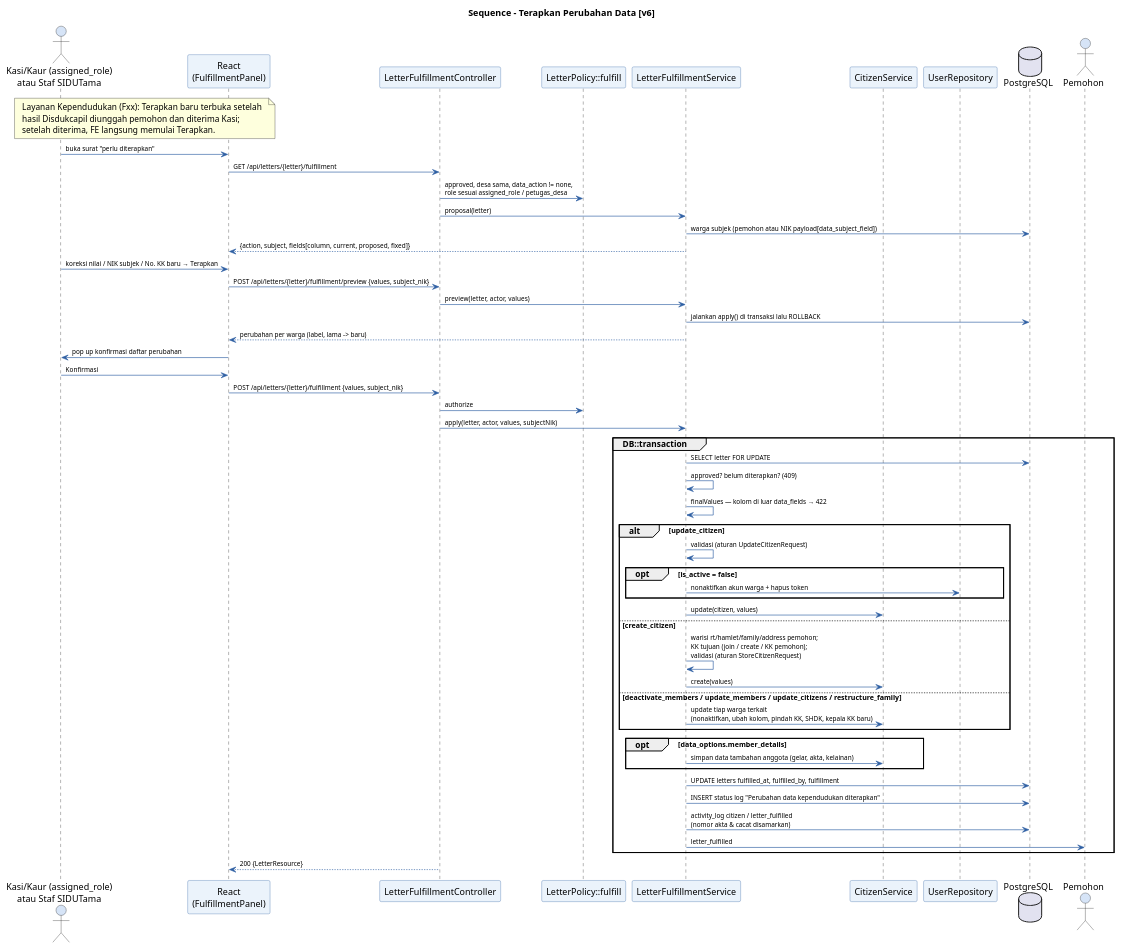
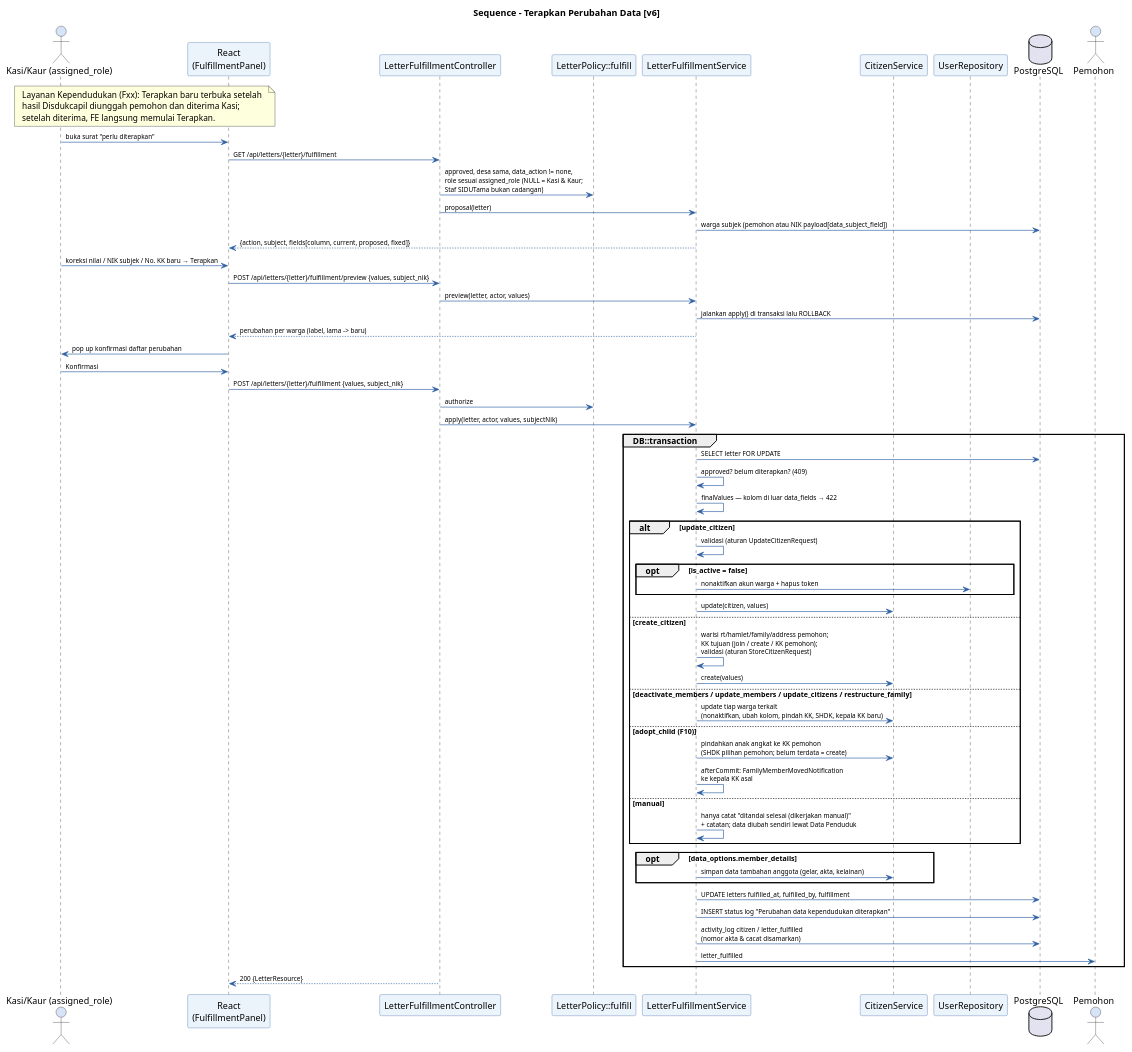
One commit to Vextronode/sid-app changed the diagram in docs/diagram/code/sequence/07_Sequence_TerapkanPerubahanData_v6.puml. Above: the diagram before and after it, drawn with PlantUML. The commit also changed 76 other files, not shown here.

```diff
--- a/docs/diagram/code/sequence/07_Sequence_TerapkanPerubahanData_v6.puml
+++ b/docs/diagram/code/sequence/07_Sequence_TerapkanPerubahanData_v6.puml
@@ -9,71 +9,76 @@
 @startuml Sequence_Terapkan_v6
 skinparam backgroundColor #FFFFFF
 skinparam sequence {
   ParticipantBackgroundColor #EBF3FB
   ParticipantBorderColor #2E5FA3
   ActorBackgroundColor #D6E4F7
   ArrowColor #2E5FA3
   ArrowFontSize 10
   NoteBackgroundColor #FFF9C4
   NoteBorderColor #F9A825
 }
 title Sequence - Terapkan Perubahan Data [v6]
 
-actor "Kasi/Kaur (assigned_role)\natau Staf SIDUTama" as K
+actor "Kasi/Kaur (assigned_role)" as K
 participant "React\n(FulfillmentPanel)" as FE
 participant "LetterFulfillmentController" as CTRL
 participant "LetterPolicy::fulfill" as POL
 participant "LetterFulfillmentService" as SVC
 participant "CitizenService" as CIT
 participant "UserRepository" as UREPO
 database "PostgreSQL" as DB
 actor "Pemohon" as P
 
 note over K, FE
   Layanan Kependudukan (Fxx): Terapkan baru terbuka setelah
   hasil Disdukcapil diunggah pemohon dan diterima Kasi;
   setelah diterima, FE langsung memulai Terapkan.
 end note
 K -> FE : buka surat "perlu diterapkan"
 FE -> CTRL : GET /api/letters/{letter}/fulfillment
-CTRL -> POL : approved, desa sama, data_action != none,\nrole sesuai assigned_role / petugas_desa
+CTRL -> POL : approved, desa sama, data_action != none,\nrole sesuai assigned_role (NULL = Kasi & Kaur;\nStaf SIDUTama bukan cadangan)
 CTRL -> SVC : proposal(letter)
 SVC -> DB : warga subjek (pemohon atau NIK payload[data_subject_field])
 SVC --> FE : {action, subject, fields[column, current, proposed, fixed]}
 
 K -> FE : koreksi nilai / NIK subjek / No. KK baru → Terapkan
 FE -> CTRL : POST /api/letters/{letter}/fulfillment/preview {values, subject_nik}
 CTRL -> SVC : preview(letter, actor, values)
 SVC -> DB : jalankan apply() di transaksi lalu ROLLBACK
 SVC --> FE : perubahan per warga (label, lama -> baru)
 FE -> K : pop up konfirmasi daftar perubahan
 K -> FE : Konfirmasi
 FE -> CTRL : POST /api/letters/{letter}/fulfillment {values, subject_nik}
 CTRL -> POL : authorize
 CTRL -> SVC : apply(letter, actor, values, subjectNik)
 group DB::transaction
   SVC -> DB : SELECT letter FOR UPDATE
   SVC -> SVC : approved? belum diterapkan? (409)
   SVC -> SVC : finalValues — kolom di luar data_fields → 422
   alt update_citizen
     SVC -> SVC : validasi (aturan UpdateCitizenRequest)
     opt is_active = false
       SVC -> UREPO : nonaktifkan akun warga + hapus token
     end
     SVC -> CIT : update(citizen, values)
   else create_citizen
     SVC -> SVC : warisi rt/hamlet/family/address pemohon;\nKK tujuan (join / create / KK pemohon);\nvalidasi (aturan StoreCitizenRequest)
     SVC -> CIT : create(values)
   else deactivate_members / update_members / update_citizens / restructure_family
     SVC -> CIT : update tiap warga terkait\n(nonaktifkan, ubah kolom, pindah KK, SHDK, kepala KK baru)
+  else adopt_child (F10)
+    SVC -> CIT : pindahkan anak angkat ke KK pemohon\n(SHDK pilihan pemohon; belum terdata = create)
+    SVC -> SVC : afterCommit: FamilyMemberMovedNotification\nke kepala KK asal
+  else manual
+    SVC -> SVC : hanya catat "ditandai selesai (dikerjakan manual)"\n+ catatan; data diubah sendiri lewat Data Penduduk
   end
   opt data_options.member_details
     SVC -> CIT : simpan data tambahan anggota (gelar, akta, kelainan)
   end
   SVC -> DB : UPDATE letters fulfilled_at, fulfilled_by, fulfillment
   SVC -> DB : INSERT status log "Perubahan data kependudukan diterapkan"
   SVC -> DB : activity_log citizen / letter_fulfilled\n(nomor akta & cacat disamarkan)
   SVC -> P : letter_fulfilled
 end
 CTRL --> FE : 200 {LetterResource}
 @enduml
```
